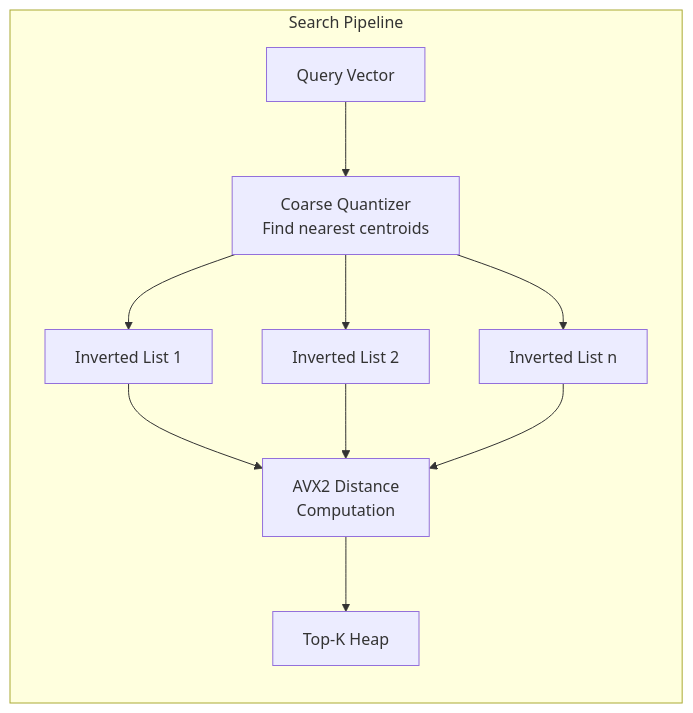
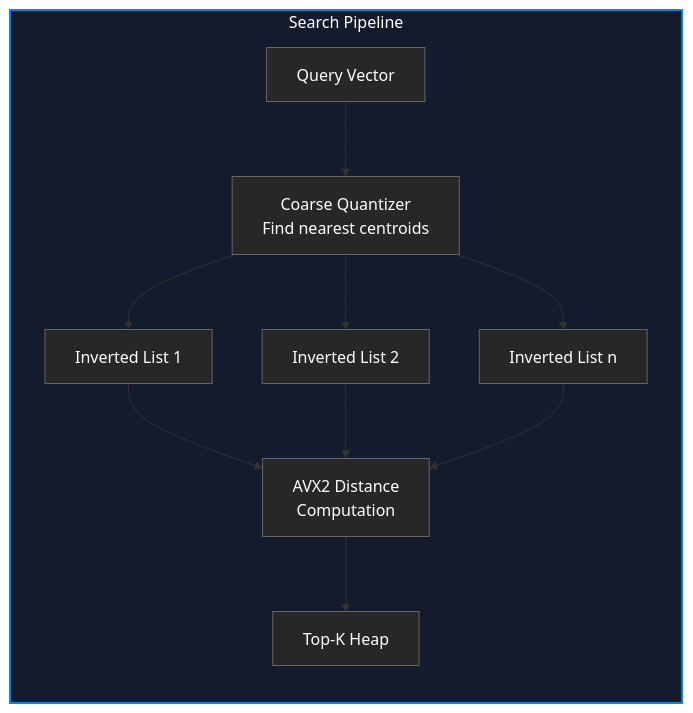
Before and after one commit to Rudyy75/VectorForge: the second of 2 diagrams in README.md, drawn with Mermaid. The commit also changed other lines of this file, not shown here.

````diff
--- a/README.md
+++ b/README.md
@@ -40,13 +55,17 @@
 ```mermaid
 graph LR
-    subgraph Search Pipeline
+    %% Node Styling
+    classDef default fill:#272727,stroke:#666666,stroke-width:1px,color:#ffffff;
+
+    subgraph Pipeline ["Search Pipeline"]
         Q[Query Vector] --> CQ[Coarse Quantizer<br/>Find nearest centroids]
         CQ --> IL1[Inverted List 1]
         CQ --> IL2[Inverted List 2]
         CQ --> ILn[Inverted List n]
         IL1 --> SIMD[AVX2 Distance<br/>Computation]
         IL2 --> SIMD
         ILn --> SIMD
         SIMD --> TOPK[Top-K Heap]
     end
+    style Pipeline fill:#141b2d,stroke:#0984e3,stroke-width:2px,color:#ffffff
 ```
````
